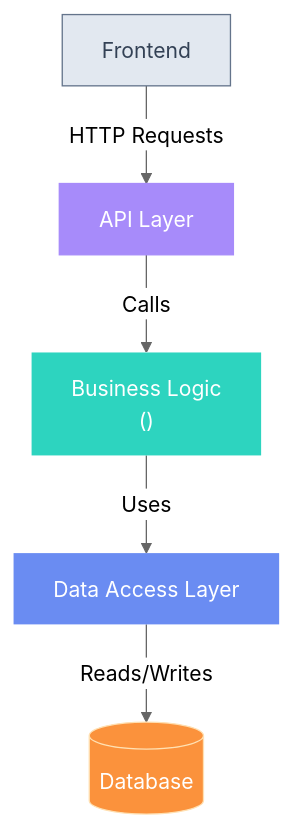
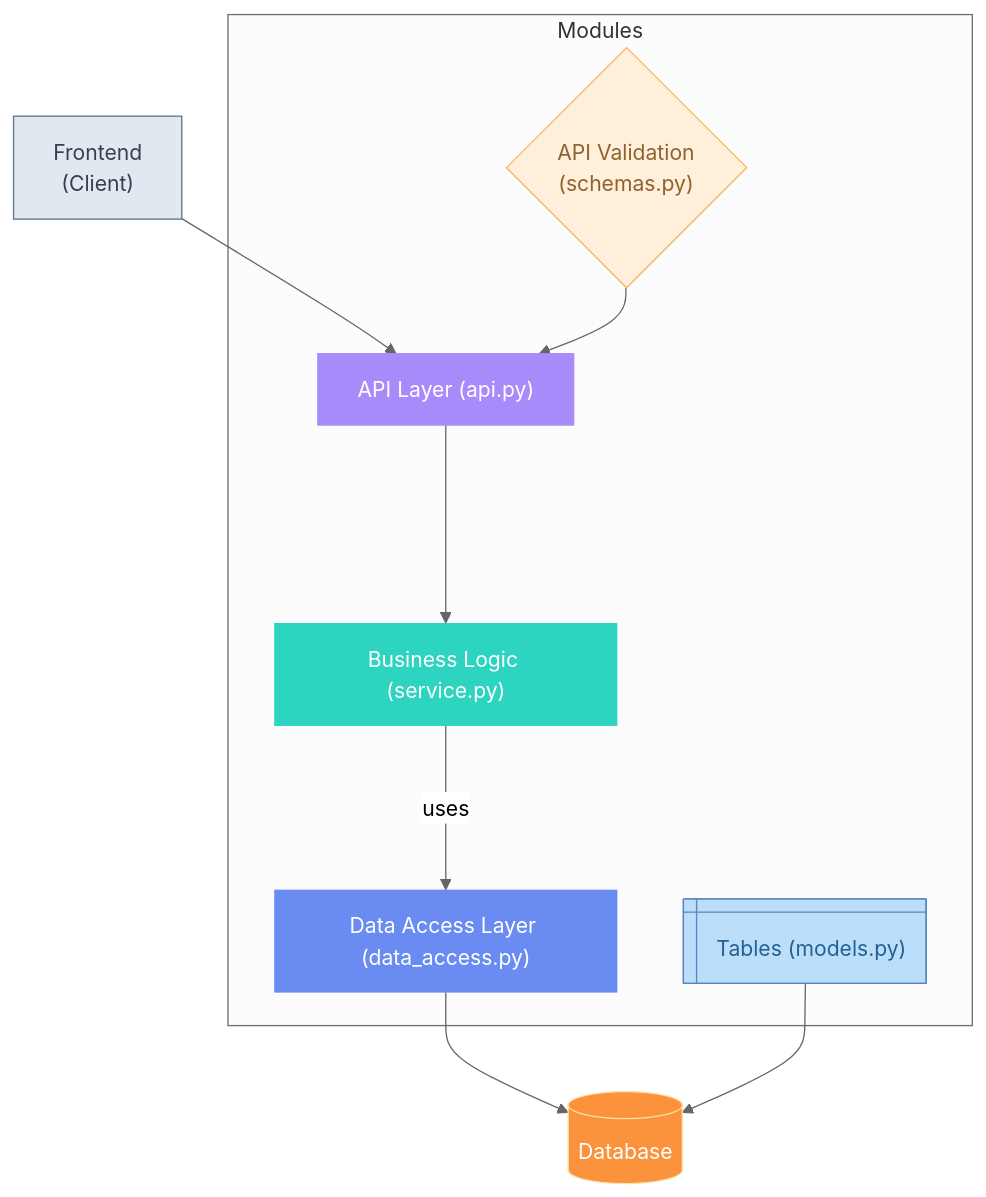
The diagram in README.md (reginaleis/isef01-lernzeit-manager), drawn with Mermaid (neutral theme) before and after one commit. The commit also changed other lines of this file and 9 other files, not shown here.

````diff
--- a/README.md
+++ b/README.md
@@ -35,13 +35,29 @@
 ```mermaid
 flowchart TB
-    Frontend["Frontend"] -- HTTP Requests --> APILayer
-    APILayer["API Layer"] -- Calls --> ServiceLayer["Business Logic<br>()"]
-    ServiceLayer -- Uses --> DataAccessLayer["Data Access Layer"]
-    DataAccessLayer -- Reads/Writes --> Database[("Database")]
+ subgraph s1["Modules"]
+        n1["API Layer (api.py)"]
+        n2["Business Logic (service.py)"]
+        n3["Data Access Layer (data_access.py)"]
+        n4["API Validation<br>(schemas.py)"]
+        n5["Tables (models.py)"]
+  end
+    n1 ----> n2
+    n2 -- uses ---> n3
+    n3 --> Database[("Database")]
+    n5 --> Database
+    Frontend["Frontend<br>(Client)"] --> n1
+    n4 --> n1
 
+    n4@{ shape: diam}
+    n5@{ shape: internal-storage}
+     n3:::Peach
+     n4:::Peach
+     n5:::Class_02
+    classDef Peach stroke-width:1px, stroke-dasharray:none, stroke:#FBB35A, fill:#FFEFDB, color:#8F632D
+    classDef Class_02 fill:#BBDEFB, color:#256090, stroke:#5c84c0
+    style n1 color:#ffffff,fill:#a78bfa,stroke:#a78bfa
+    style n2 color:#ffffff,stroke-width:0px,stroke-dasharray:0,fill:#2dd4bf
+    style n3 color:#ffffff,fill:#6a8cf2,stroke-width:0px,stroke-dasharray:0
+    style Database color:#ffffff,fill:#fb923c,stroke:#FFE0B2
     style Frontend color:#334155,fill:#e2e8f0,stroke:#64748b
-    style APILayer color:#ffffff,fill:#a78bfa,stroke:#a78bfa
-    style ServiceLayer color:#ffffff,stroke-width:0px,stroke-dasharray:0,fill:#2dd4bf
-    style DataAccessLayer color:#ffffff,fill:#6a8cf2,stroke-width:0px,stroke-dasharray:0
-    style Database color:#ffffff,fill:#fb923c,stroke:#FFE0B2
 ```
````
